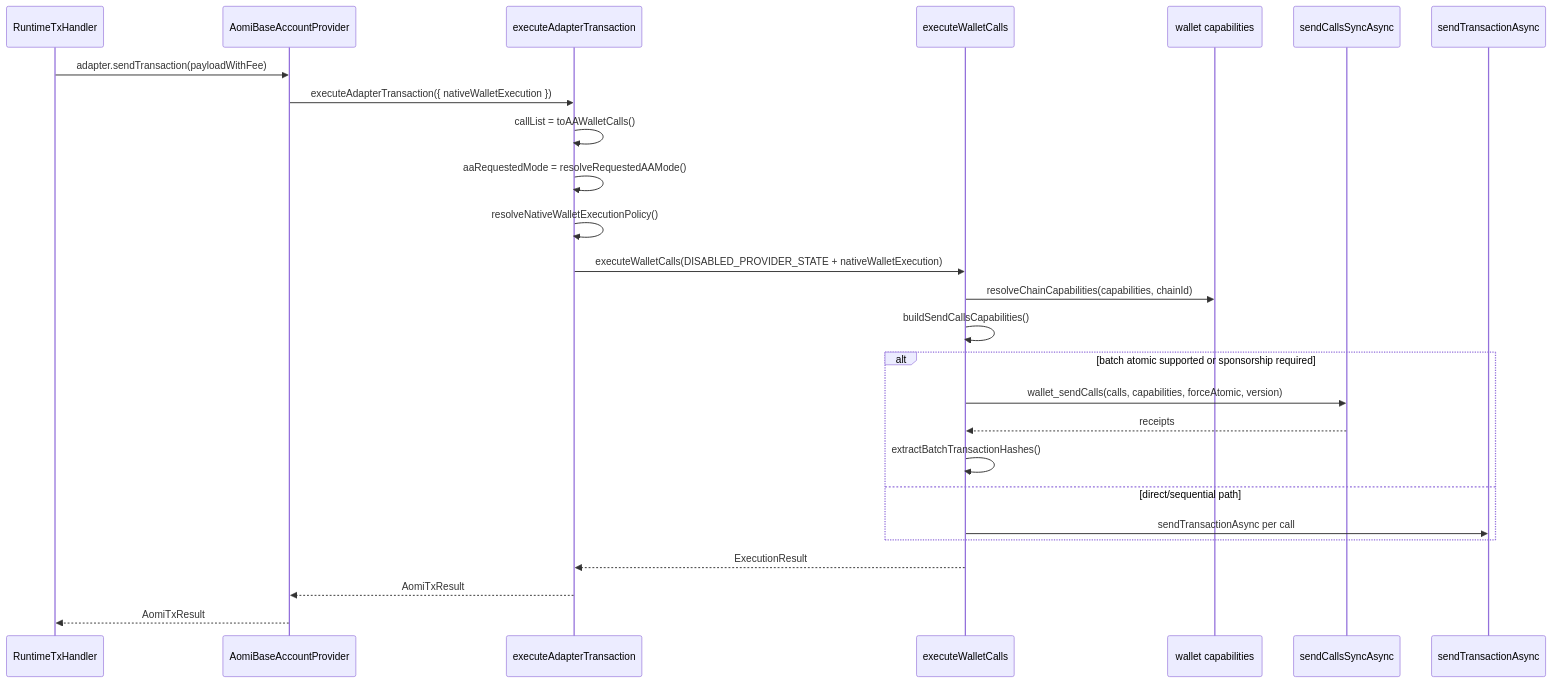
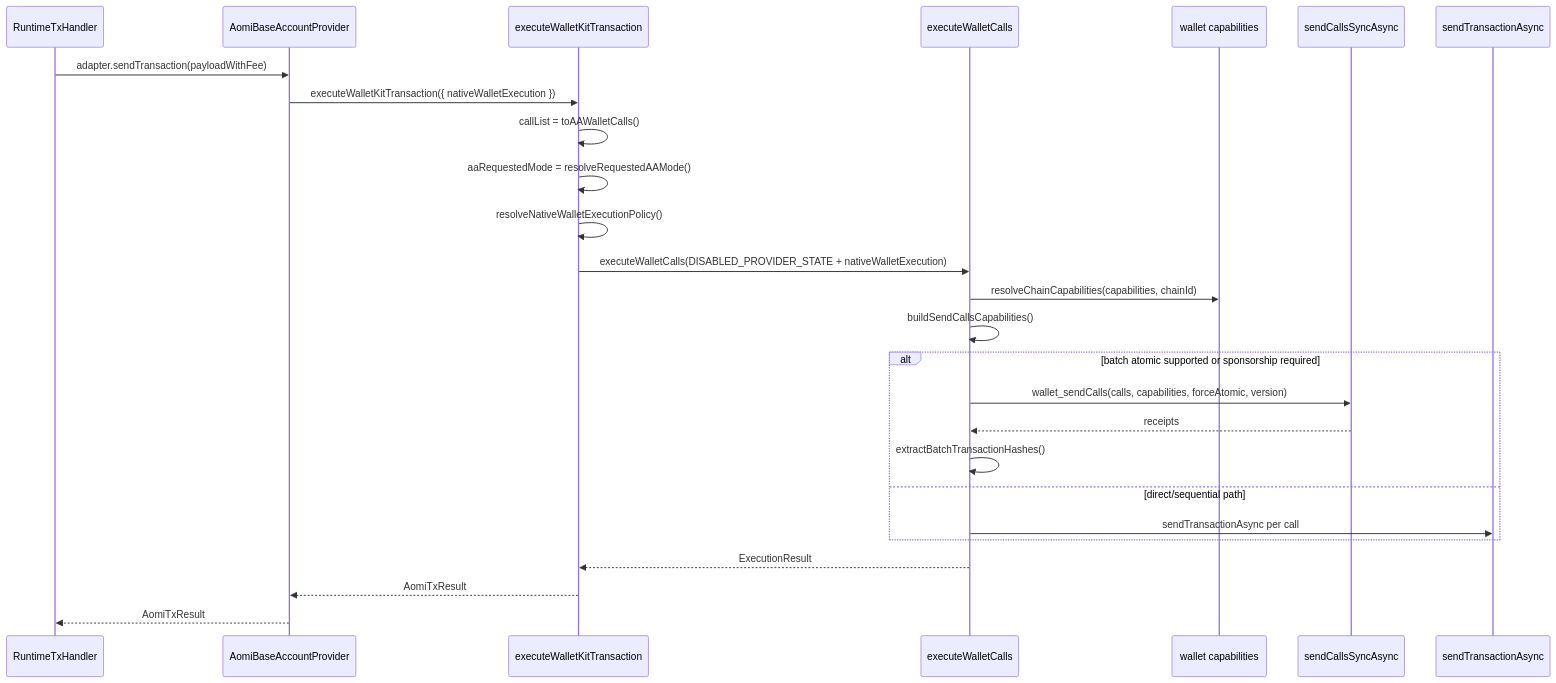
Diagram 13 of 24 in specs/WALLET-ADAPTERS-ARCH.md (aomi-labs/aomi-widget), drawn with Mermaid before and after one commit. The commit also changed other lines of this file and 200 other files, not shown here.

````diff
--- a/specs/WALLET-ADAPTERS-ARCH.md
+++ b/specs/WALLET-ADAPTERS-ARCH.md
@@ -773,29 +773,29 @@
 ```mermaid
 sequenceDiagram
   participant Runtime as RuntimeTxHandler
   participant BaseAdapter as AomiBaseAccountProvider
-  participant Shared as executeAdapterTransaction
+  participant Shared as executeWalletKitTransaction
   participant ClientExec as executeWalletCalls
   participant Caps as wallet capabilities
   participant SendCalls as sendCallsSyncAsync
   participant SendTx as sendTransactionAsync
 
   Runtime->>BaseAdapter: adapter.sendTransaction(payloadWithFee)
-  BaseAdapter->>Shared: executeAdapterTransaction({ nativeWalletExecution })
+  BaseAdapter->>Shared: executeWalletKitTransaction({ nativeWalletExecution })
   Shared->>Shared: callList = toAAWalletCalls()
   Shared->>Shared: aaRequestedMode = resolveRequestedAAMode()
   Shared->>Shared: resolveNativeWalletExecutionPolicy()
   Shared->>ClientExec: executeWalletCalls(DISABLED_PROVIDER_STATE + nativeWalletExecution)
   ClientExec->>Caps: resolveChainCapabilities(capabilities, chainId)
   ClientExec->>ClientExec: buildSendCallsCapabilities()
   alt batch atomic supported or sponsorship required
     ClientExec->>SendCalls: wallet_sendCalls(calls, capabilities, forceAtomic, version)
     SendCalls-->>ClientExec: receipts
     ClientExec->>ClientExec: extractBatchTransactionHashes()
   else direct/sequential path
     ClientExec->>SendTx: sendTransactionAsync per call
   end
   ClientExec-->>Shared: ExecutionResult
   Shared-->>BaseAdapter: AomiTxResult
   BaseAdapter-->>Runtime: AomiTxResult
 ```
````
